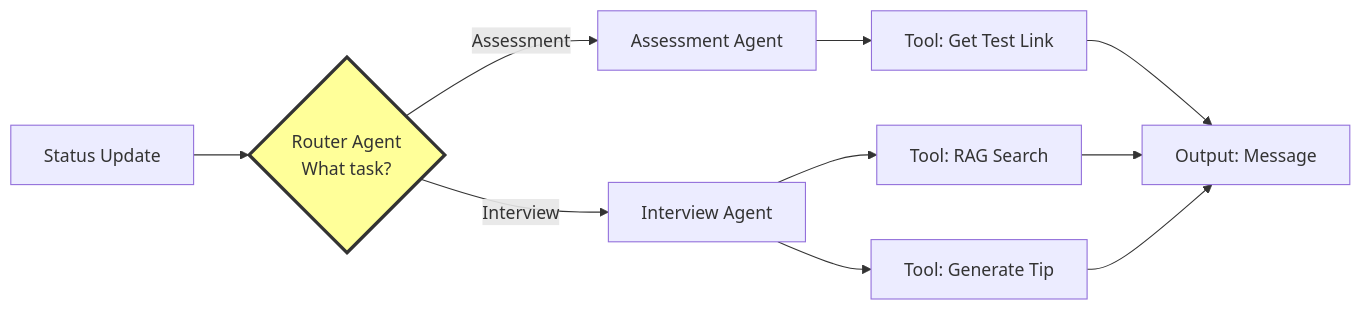
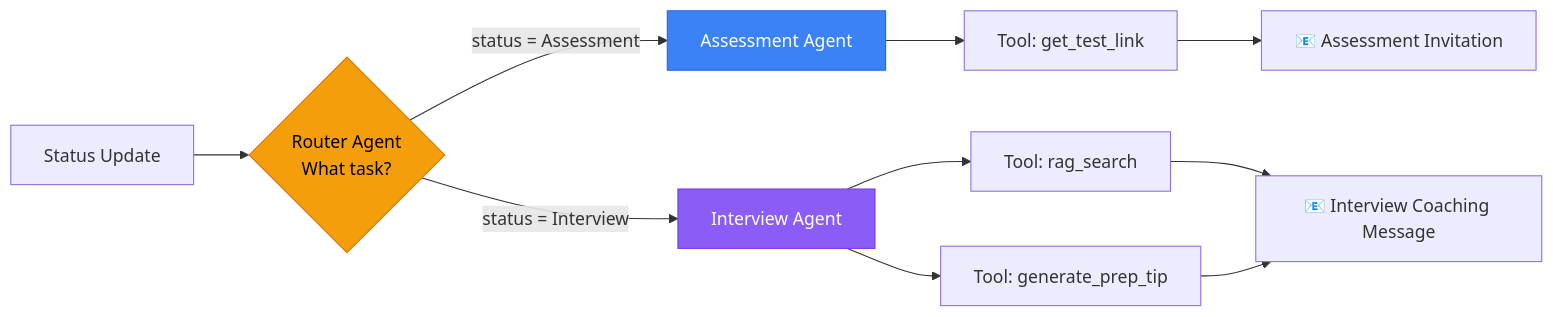
Before and after one commit to Arushi-Srivastava-16/RecruitEM: the diagram in README.md, drawn with Mermaid. The commit also changed other lines of this file, not shown here.

Commit message:
docs: rewrite README with architecture and detailed descriptions

````diff
--- a/README.md
+++ b/README.md
@@ -15,14 +46,18 @@
 ```mermaid
 graph LR
     A[Status Update] --> B{Router Agent<br/>What task?}
-    B -->|Assessment| C[Assessment Agent]
-    B -->|Interview| D[Interview Agent]
-    C --> E[Tool: Get Test Link]
-    D --> F[Tool: RAG Search]
-    D --> G[Tool: Generate Tip]
-    E --> H[Output: Message]
-    F --> H
-    G --> H
-    
-    style B fill:#ff9,stroke:#333,stroke-width:3px
+    B -->|status = Assessment| C[Assessment Agent]
+    B -->|status = Interview| D[Interview Agent]
+
+    C --> E[Tool: get_test_link]
+    D --> F[Tool: rag_search]
+    D --> G[Tool: generate_prep_tip]
+
+    E --> H[📧 Assessment Invitation]
+    F --> I[📧 Interview Coaching Message]
+    G --> I
+
+    style B fill:#f59e0b,stroke:#d97706,color:#000
+    style C fill:#3b82f6,stroke:#2563eb,color:#fff
+    style D fill:#8b5cf6,stroke:#7c3aed,color:#fff
 ```
````
